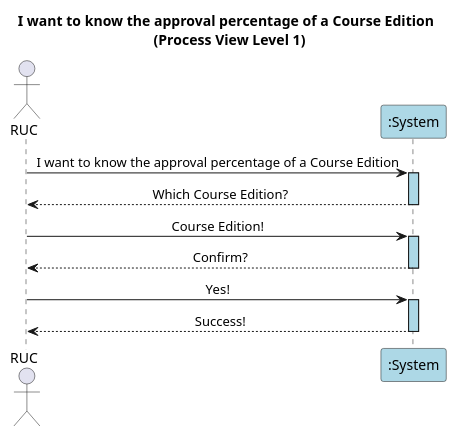
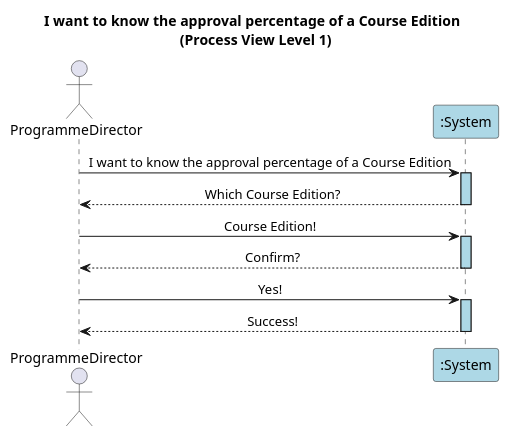
One commit to GasparISEP/DevOps-PAI changed the diagram in docs/US23/REST_API/ProcessView/Level1.puml. Above: the diagram before and after it, drawn with PlantUML. The commit also changed 2 other files, not shown here.

Commit message:
Update Actor's name in diagrams. Refs #565

```diff
--- a/docs/US23/REST_API/ProcessView/Level1.puml
+++ b/docs/US23/REST_API/ProcessView/Level1.puml
@@ -1,20 +1,20 @@
 @startuml
 skinparam sequenceMessageAlign center
 skinparam sequenceLifeLineBackgroundColor lightblue
 title: I want to know the approval percentage of a Course Edition \n (Process View Level 1)
-actor RUC
+actor ProgrammeDirector
 participant ":System" as System #lightblue
 
-RUC -> System  : I want to know the approval percentage of a Course Edition
+ProgrammeDirector -> System  : I want to know the approval percentage of a Course Edition
 activate System
-System --> RUC  : Which Course Edition?
+System --> ProgrammeDirector  : Which Course Edition?
 deactivate System
-RUC -> System  : Course Edition!
+ProgrammeDirector -> System  : Course Edition!
 activate System
-System --> RUC  : Confirm?
+System --> ProgrammeDirector  : Confirm?
 deactivate System
-RUC -> System  : Yes!
+ProgrammeDirector -> System  : Yes!
 activate System
-System --> RUC  : Success!
+System --> ProgrammeDirector  : Success!
 deactivate System
 @enduml
```
